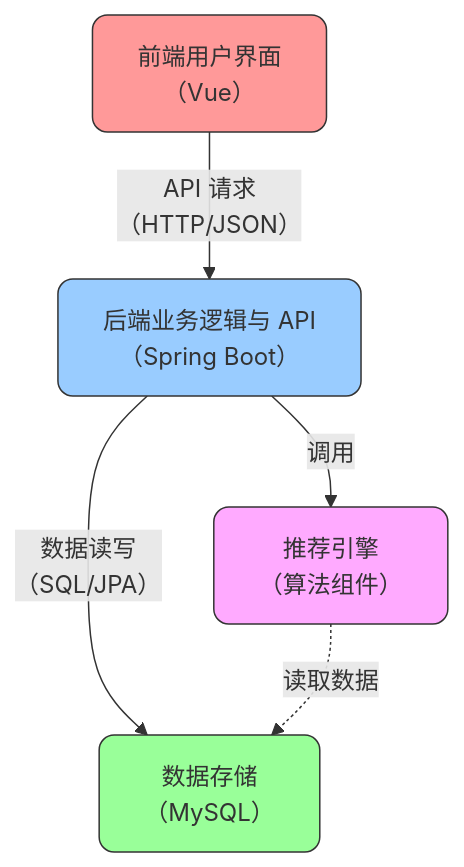
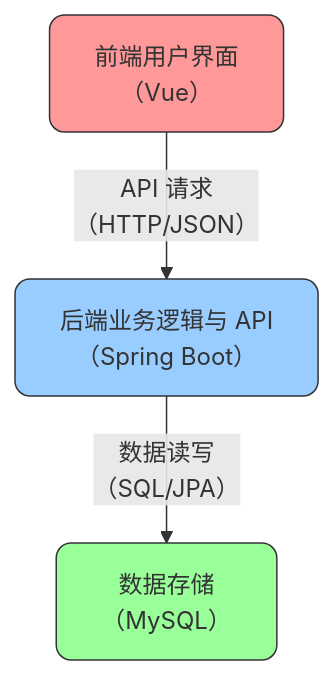
Before and after one commit to pilgrimlyieu/Tomato-Bookstore: the fourth of 4 diagrams in docs/lab/architecture-design.md, drawn with Mermaid. The commit also changed other lines of this file and 15 other files, not shown here.

````diff
--- a/docs/lab/architecture-design.md
+++ b/docs/lab/architecture-design.md
@@ -307,20 +294,16 @@
 ```mermaid
 graph TD
     %% 节点定义
     FrontendUI["前端用户界面<br>（Vue）"]:::frontend
     BackendAPI["后端业务逻辑与 API<br>（Spring Boot）"]:::backend
     Database["数据存储<br>（MySQL）"]:::database
-    RecommendEngine["推荐引擎<br>（算法组件）"]:::algorithm
 
     %% 连接关系
     FrontendUI -->|"API 请求<br>（HTTP/JSON）"| BackendAPI
     BackendAPI -->|"数据读写<br>（SQL/JPA）"| Database
-    BackendAPI -->|"调用"| RecommendEngine
-    RecommendEngine -.->|"读取数据"| Database
 
     %% 样式定义
     classDef frontend fill:#ff9999,stroke:#333,stroke-width:1px,rx:10,ry:10;
     classDef backend fill:#99ccff,stroke:#333,stroke-width:1px,rx:10,ry:10;
     classDef database fill:#99ff99,stroke:#333,stroke-width:1px,rx:10,ry:10;
-    classDef algorithm fill:#ffaaff,stroke:#333,stroke-width:1px,rx:10,ry:10;
 ```
````
